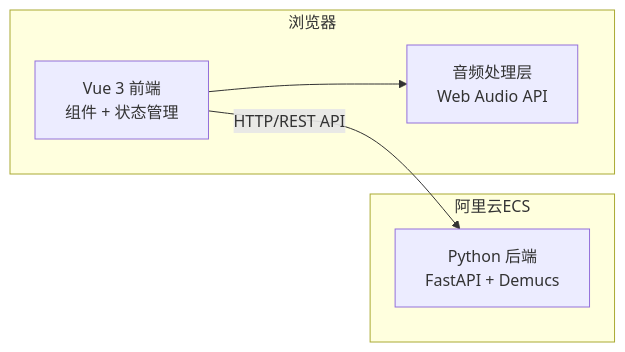
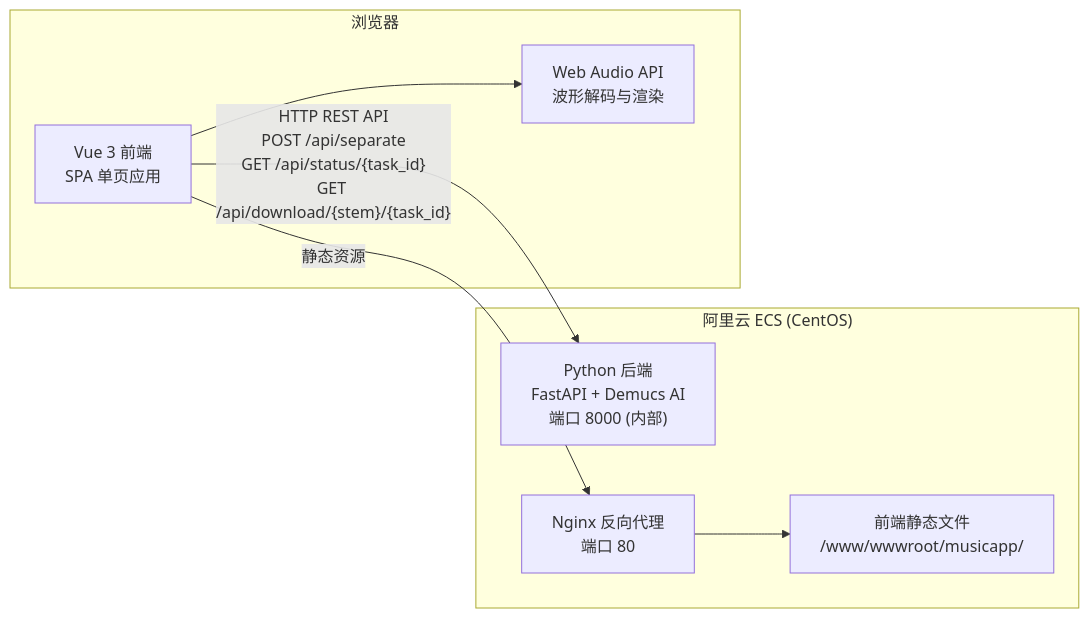
Before and after one commit to NEIL05290018/musicapp: the first of 3 diagrams in .trae/documents/TECHNICAL_ARCHITECTURE.md, drawn with Mermaid. The commit also changed other lines of this file and 6 other files, not shown here.

````diff
--- a/.trae/documents/TECHNICAL_ARCHITECTURE.md
+++ b/.trae/documents/TECHNICAL_ARCHITECTURE.md
@@ -3,14 +3,18 @@
 ```mermaid
 flowchart LR
-    subgraph 阿里云ECS
-        Backend["Python 后端<br/>FastAPI + Demucs"]
+    subgraph 阿里云ECS["阿里云 ECS (CentOS)"]
+        Backend["Python 后端<br/>FastAPI + Demucs AI<br/>端口 8000 (内部)"]
+        Nginx["Nginx 反向代理<br/>端口 80"]
+        Static["前端静态文件<br/>/www/wwwroot/musicapp/"]
     end
-    
+
     subgraph Browser["浏览器"]
-        Frontend["Vue 3 前端<br/>组件 + 状态管理"]
-        Audio["音频处理层<br/>Web Audio API"]
+        Frontend["Vue 3 前端<br/>SPA 单页应用"]
+        Audio["Web Audio API<br/>波形解码与渲染"]
     end
-    
-    Frontend --"HTTP/REST API"--> Backend
+
+    Frontend --"静态资源"--> Nginx
+    Nginx --> Static
+    Frontend --"HTTP REST API<br/>POST /api/separate<br/>GET /api/status/{task_id}<br/>GET /api/download/{stem}/{task_id}"--> Backend
     Frontend --> Audio
 ```
````
